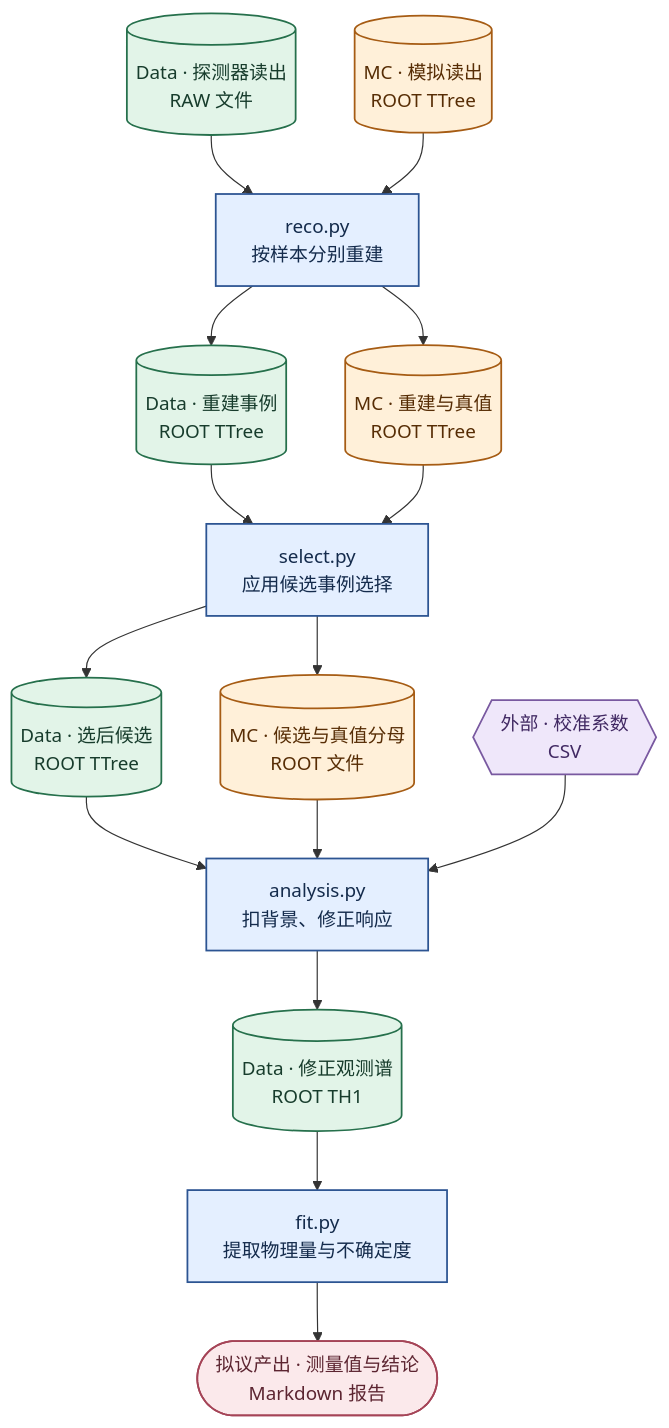
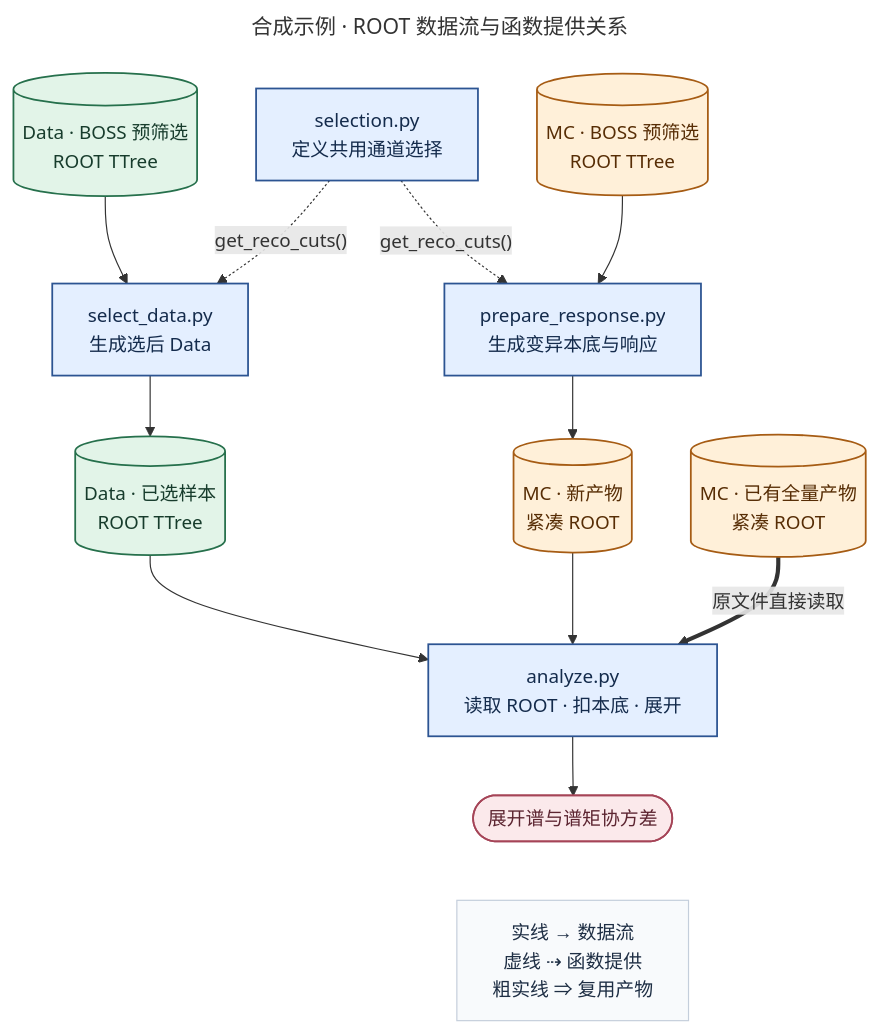
One commit to Cyz-97/skills-hep changed the diagram in skills/diagram/assets/hep-pipeline.mmd. Above: the diagram before and after it, drawn with Mermaid. The commit also changed 5 other files, not shown here.

First line of the commit message:
fix(diagram): combine ROOT flow with function providers

```diff
--- a/skills/diagram/assets/hep-pipeline.mmd
+++ b/skills/diagram/assets/hep-pipeline.mmd
@@ -1,41 +1,38 @@
-%% 拟议流水线 · 合成样例。矩形=脚本，圆柱=数据，六边形=外部输入，胶囊=结果。
+---
+title: 合成示例 · ROOT 数据流与函数提供关系
+---
 flowchart TB
-  raw_data[("Data · 探测器读出<br/>RAW 文件")]
-  raw_mc[("MC · 模拟读出<br/>ROOT TTree")]
-  reco["reco.py<br/>按样本分别重建"]
-  reco_data[("Data · 重建事例<br/>ROOT TTree")]
-  reco_mc[("MC · 重建与真值<br/>ROOT TTree")]
-  select["select.py<br/>应用候选事例选择"]
-  sel_data[("Data · 选后候选<br/>ROOT TTree")]
-  sel_mc[("MC · 候选与真值分母<br/>ROOT 文件")]
-  calib{{"外部 · 校准系数<br/>CSV"}}
-  analyze["analysis.py<br/>扣背景、修正响应"]
-  spectrum[("Data · 修正观测谱<br/>ROOT TH1")]
-  fit["fit.py<br/>提取物理量与不确定度"]
-  result(["拟议产出 · 测量值与结论<br/>Markdown 报告"])
+  raw_data[("Data · BOSS 预筛选<br/>ROOT TTree")]
+  cuts["selection.py<br/>定义共用通道选择"]
+  raw_mc[("MC · BOSS 预筛选<br/>ROOT TTree")]
+  select["select_data.py<br/>生成选后 Data"]
+  prepare["prepare_response.py<br/>生成变异本底与响应"]
+  selected[("Data · 已选样本<br/>ROOT TTree")]
+  new_product[("MC · 新产物<br/>紧凑 ROOT")]
+  existing[("MC · 已有全量产物<br/>紧凑 ROOT")]
+  analysis["analyze.py<br/>读取 ROOT · 扣本底 · 展开"]
+  result(["展开谱与谱矩协方差"])
+  legend["实线 → 数据流<br/>虚线 ⇢ 函数提供<br/>粗实线 ⇒ 复用产物"]
 
-  raw_data --> reco
-  raw_mc --> reco
-  reco --> reco_data
-  reco --> reco_mc
-  reco_data --> select
-  reco_mc --> select
-  select --> sel_data
-  select --> sel_mc
-  %% 仅用于对齐：外部校准和两份选择产物同排；select.py 不产生校准系数。
-  select ~~~ calib
-  sel_data --> analyze
-  sel_mc --> analyze
-  calib --> analyze
-  analyze --> spectrum --> fit --> result
+  raw_data --> select
+  cuts -.->|"get_reco_cuts()"| select
+  cuts -.->|"get_reco_cuts()"| prepare
+  raw_mc --> prepare
+  select --> selected --> analysis
+  prepare --> new_product --> analysis
+  existing ==>|"原文件直接读取"| analysis
+  analysis --> result
+
+  %% 仅用于把图例排在结果下方。
+  result ~~~ legend
 
   classDef script fill:#e4efff,stroke:#2c5492,color:#142b4c,stroke-width:1.5px
   classDef data fill:#e2f4e8,stroke:#26704c,color:#173c2c,stroke-width:1.5px
   classDef mc fill:#fff0d9,stroke:#a65c14,color:#572d05,stroke-width:1.5px
-  classDef external fill:#efe7fa,stroke:#7959a0,color:#412963,stroke-width:1.5px
   classDef result_node fill:#fbe9eb,stroke:#a54457,color:#5c2531,stroke-width:1.5px
-  class reco,select,analyze,fit script
-  class raw_data,reco_data,sel_data,spectrum data
-  class raw_mc,reco_mc,sel_mc mc
-  class calib external
+  classDef legend_node fill:#f8fafc,stroke:#c4cedb,color:#1e2e44
+  class cuts,select,prepare,analysis script
+  class raw_data,selected data
+  class raw_mc,new_product,existing mc
   class result result_node
+  class legend legend_node
```
